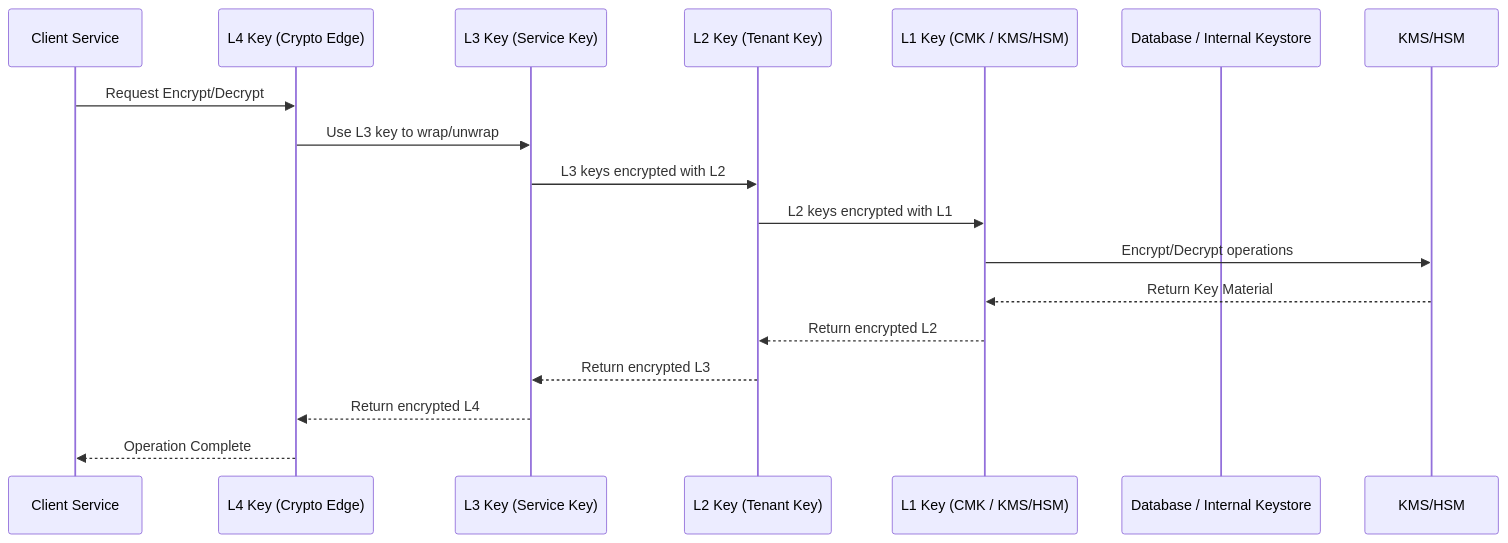
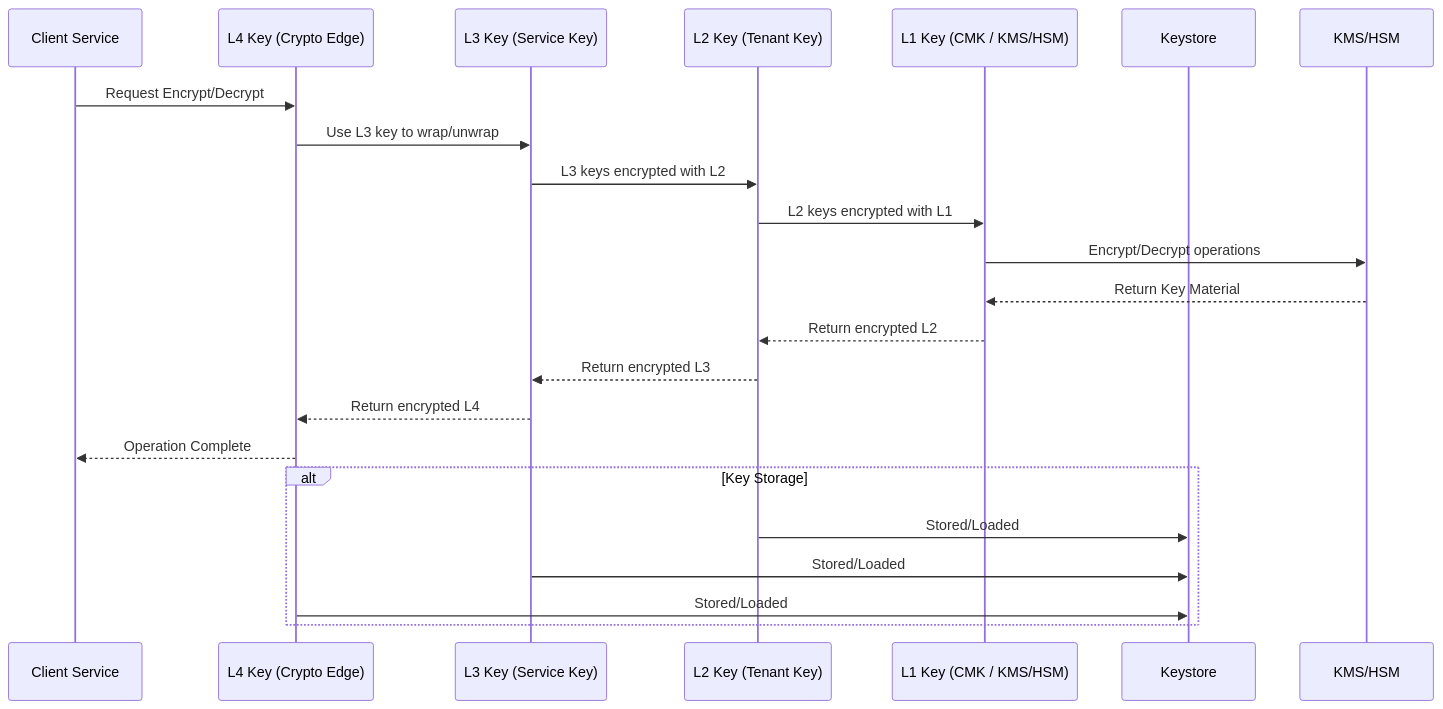
Before and after one commit to openkcm/documentation: the second of 2 diagrams in adr/2025-11-27-keychain.md, drawn with Mermaid.

Commit message:
docs: updated the mermaid sequence diagram

````diff
--- a/adr/2025-11-27-keychain.md
+++ b/adr/2025-11-27-keychain.md
@@ -238,20 +238,27 @@
 ```mermaid
 sequenceDiagram
     participant Client as Client Service
     participant L4 as L4 Key (Crypto Edge)
     participant L3 as L3 Key (Service Key)
     participant L2 as L2 Key (Tenant Key)
     participant L1 as L1 Key (CMK / KMS/HSM)
-    participant DB as Database / Internal Keystore
+    participant DB as Keystore
+       
 
     Client->>L4: Request Encrypt/Decrypt
     L4->>L3: Use L3 key to wrap/unwrap
     L3->>L2: L3 keys encrypted with L2
     L2->>L1: L2 keys encrypted with L1
     L1->>KMS/HSM: Encrypt/Decrypt operations
     KMS/HSM-->>L1: Return Key Material
     L1-->>L2: Return encrypted L2
     L2-->>L3: Return encrypted L3
     L3-->>L4: Return encrypted L4
     L4-->>Client: Operation Complete
+
+     alt Key Storage
+        L2->>DB: Stored/Loaded 
+        L3->>DB: Stored/Loaded
+        L4->>DB: Stored/Loaded
+    end
 ```
````
